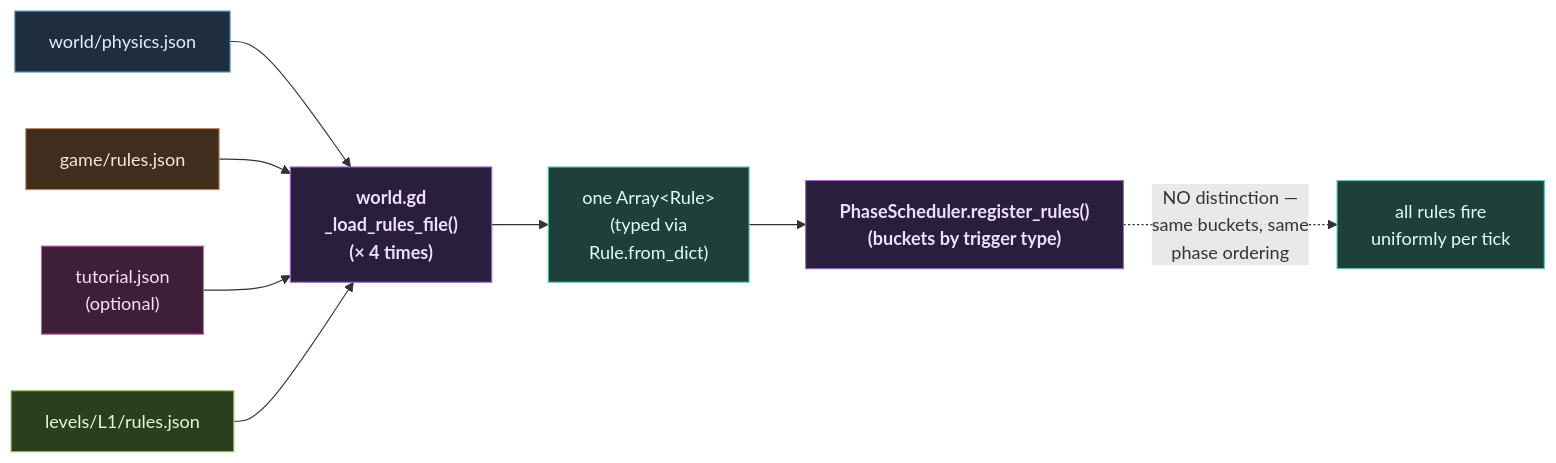
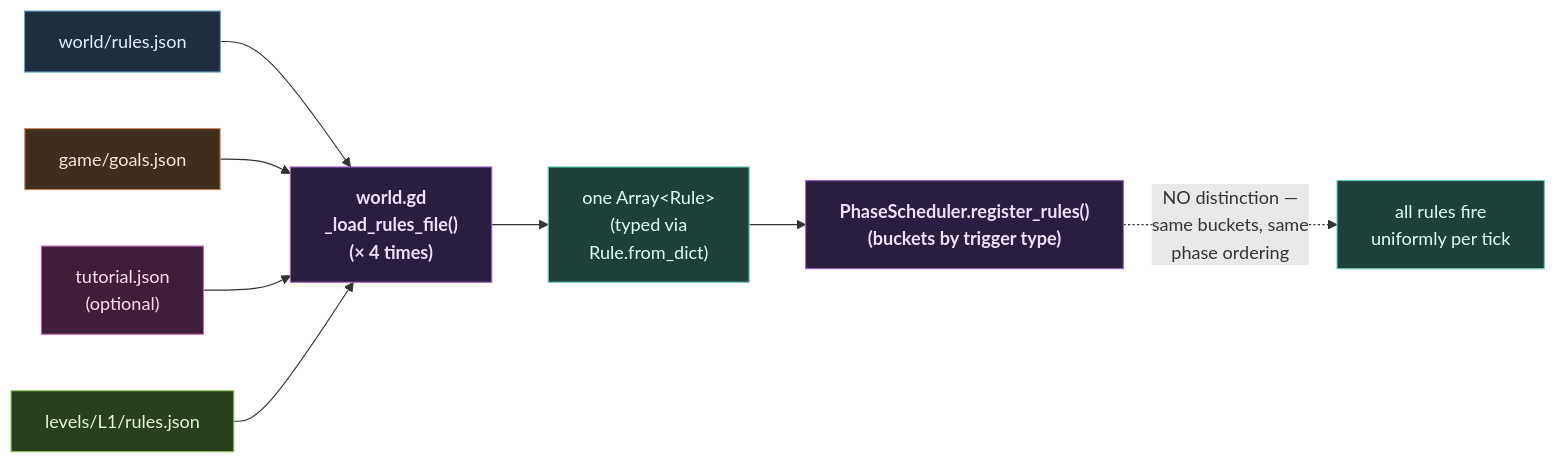
Diagram 26 of 35 in docs/33_yume_full_architecture.md (kamwoh/yume), drawn with Mermaid before and after one commit. The commit also changed other lines of this file and 37 other files, not shown here.

````diff
--- a/docs/33_yume_full_architecture.md
+++ b/docs/33_yume_full_architecture.md
@@ -1256,30 +1256,30 @@
 ```mermaid
 flowchart LR
-    F1["world/physics.json"]:::phys
-    F2["game/rules.json"]:::game
+    F1["world/rules.json"]:::phys
+    F2["game/goals.json"]:::game
     F3["tutorial.json<br/>(optional)"]:::tut
     F4["levels/L1/rules.json"]:::lvl
 
     World["world.gd<br/>_load_rules_file()<br/>(× 4 times)"]:::core
 
     F1 --> World
     F2 --> World
     F3 --> World
     F4 --> World
 
     Merged["one Array&lt;Rule&gt;<br/>(typed via<br/>Rule.from_dict)"]:::out
 
     World --> Merged
 
     Sched["PhaseScheduler.register_rules()<br/>(buckets by trigger type)"]:::core
     Merged --> Sched
 
     Sched -.->|"NO distinction —<br/>same buckets, same<br/>phase ordering"| AllFire["all rules fire<br/>uniformly per tick"]:::out
 
     classDef phys fill:#1e2e3f,stroke:#62a3c9,color:#e0f0ff
     classDef game fill:#3f2e1e,stroke:#c98762,color:#f8e8d8
     classDef tut fill:#3f1e3a,stroke:#c962b3,color:#ffe0f0
     classDef lvl fill:#2a3f1e,stroke:#9ac962,color:#e8f8d8
     classDef core fill:#2a1e3f,stroke:#a062c9,color:#f0e0ff,font-weight:bold
     classDef out fill:#1e3f3a,stroke:#62c9b3,color:#e0fff8
 ```
````
